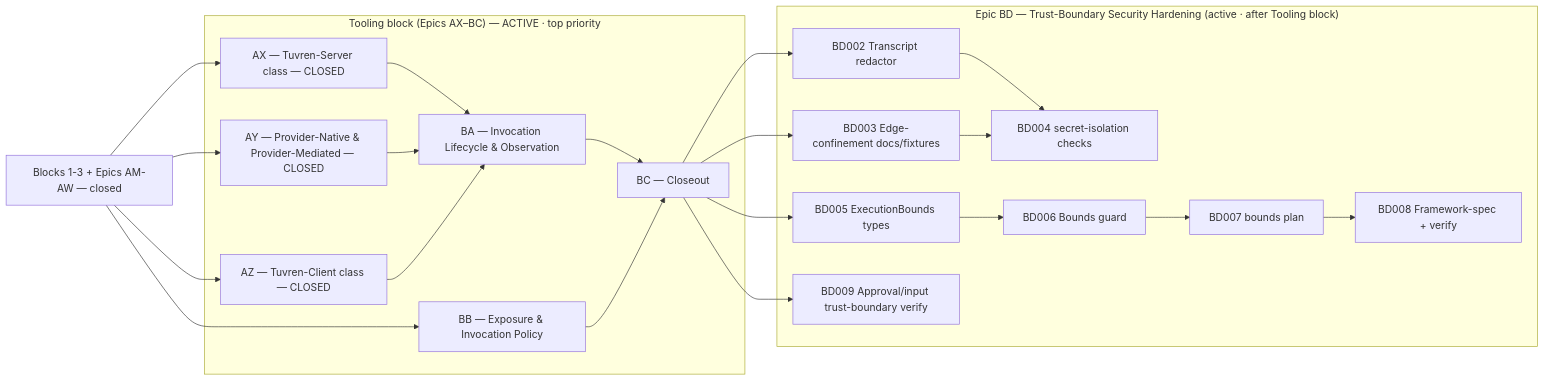
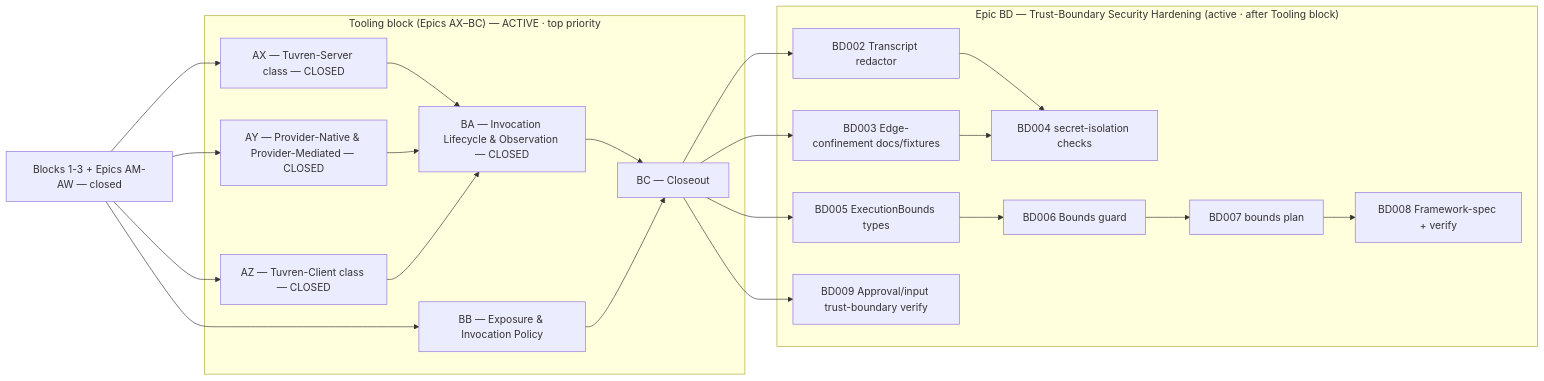
The diagram in constitution/Tasks.md (Tuvren/framework), drawn with Mermaid before and after one commit. The commit also changed other lines of this file and 20 other files, not shown here.

First line of the commit message:
feat(Epic BA): Invocation Lifecycle & Observation Model (KRT) (#74)

````diff
--- a/constitution/Tasks.md
+++ b/constitution/Tasks.md
@@ -91,32 +92,32 @@
 ```mermaid
 flowchart LR
   closed["Blocks 1-3 + Epics AM-AW — closed"]
 
   subgraph tooling["Tooling block (Epics AX–BC) — ACTIVE · top priority"]
     AXep["AX — Tuvren-Server class — CLOSED"]
     AYep["AY — Provider-Native & Provider-Mediated — CLOSED"]
     AZep["AZ — Tuvren-Client class — CLOSED"]
-    AXep --> BAep["BA — Invocation Lifecycle & Observation"]
+    AXep --> BAep["BA — Invocation Lifecycle & Observation — CLOSED"]
     AYep --> BAep
     AZep --> BAep
     BBep["BB — Exposure & Invocation Policy"]
     BAep --> BCep["BC — Closeout"]
     BBep --> BCep
   end
 
   subgraph trust["Epic BD — Trust-Boundary Security Hardening (active · after Tooling block)"]
     BD2["BD002 Transcript redactor"] --> BD4["BD004 secret-isolation checks"]
     BD3["BD003 Edge-confinement docs/fixtures"] --> BD4
     BD5["BD005 ExecutionBounds types"] --> BD6["BD006 Bounds guard"] --> BD7["BD007 bounds plan"] --> BD8["BD008 Framework-spec + verify"]
     BD9["BD009 Approval/input trust-boundary verify"]
   end
 
   closed --> AXep
   closed --> AYep
   closed --> AZep
   closed --> BBep
   BCep --> BD2
   BCep --> BD3
   BCep --> BD5
   BCep --> BD9
 ```
````
